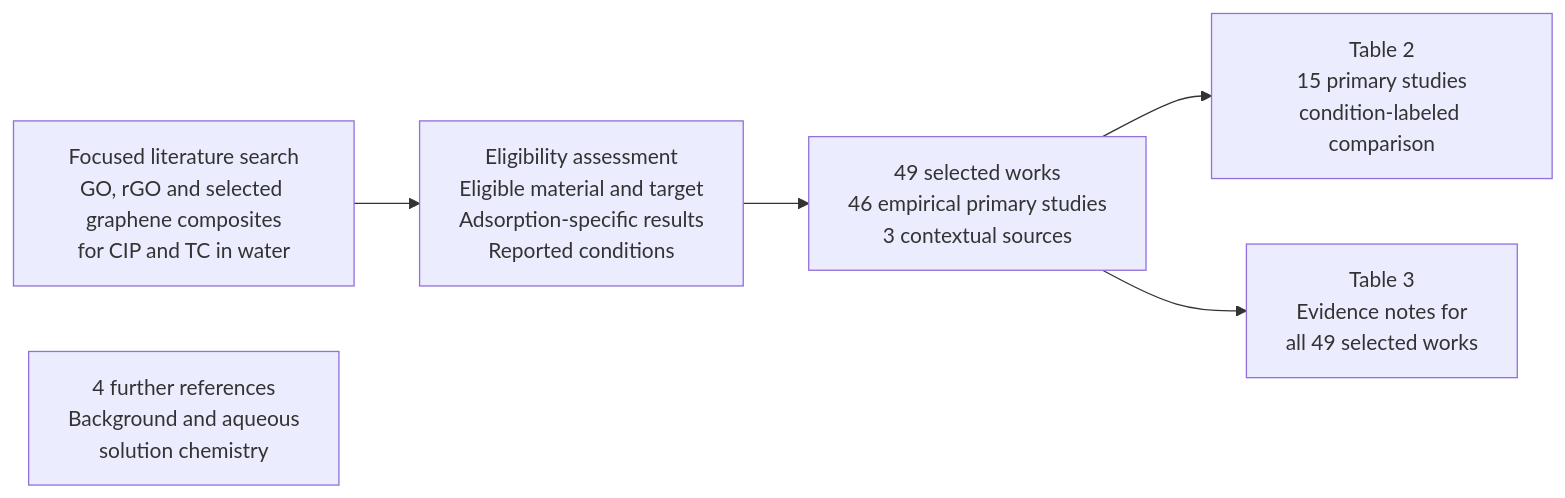
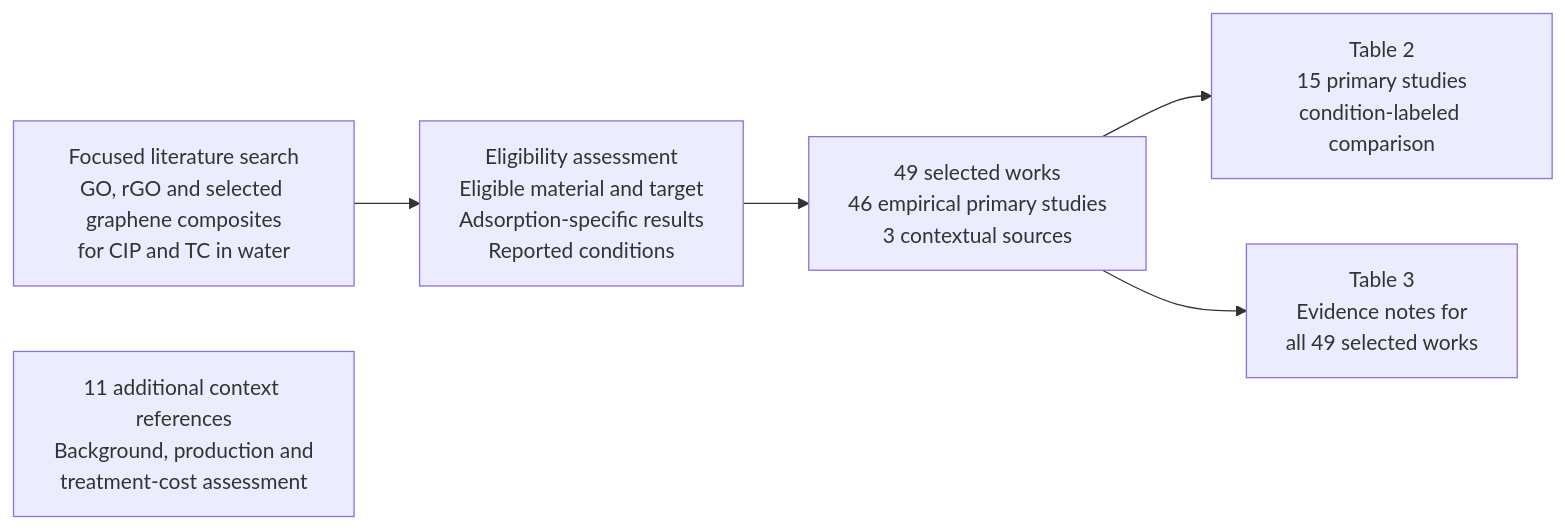
One commit to zaidkhan005/reviewAdsorbants changed the second of 5 diagrams in manuscript/SEMESTER_MANUSCRIPT_ASSEMBLED_SOURCE_V2.md. Above: the diagram before and after it, drawn with Mermaid. The commit also changed other lines of this file, not shown here.

Commit message:
Integrate seven contextual cost and production references

````diff
--- a/manuscript/SEMESTER_MANUSCRIPT_ASSEMBLED_SOURCE_V2.md
+++ b/manuscript/SEMESTER_MANUSCRIPT_ASSEMBLED_SOURCE_V2.md
@@ -134,13 +134,13 @@
 ```mermaid
 flowchart LR
     A["Focused literature search<br/>GO, rGO and selected graphene composites<br/>for CIP and TC in water"]
     B["Eligibility assessment<br/>Eligible material and target<br/>Adsorption-specific results<br/>Reported conditions"]
     C["49 selected works<br/>46 empirical primary studies<br/>3 contextual sources"]
     D["Table 2<br/>15 primary studies<br/>condition-labeled comparison"]
     E["Table 3<br/>Evidence notes for<br/>all 49 selected works"]
-    F["4 further references<br/>Background and aqueous<br/>solution chemistry"]
+    F["11 additional context references<br/>Background, production and<br/>treatment-cost assessment"]
     A --> B --> C
     C --> D
     C --> E
 
 ```
````
